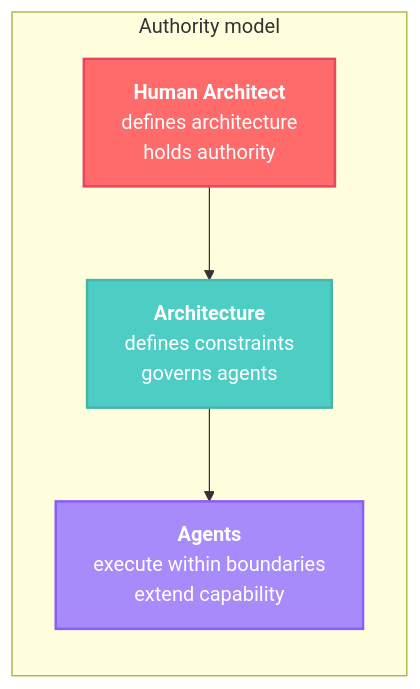
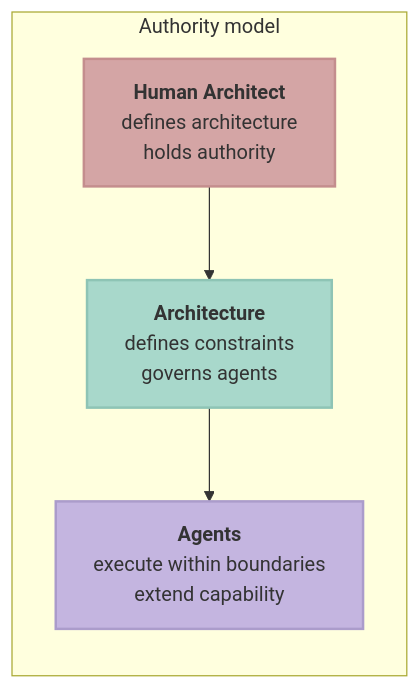
Before and after one commit to block3-io/block3-start: the fourth of 5 diagrams in README.md, drawn with Mermaid. The commit also changed other lines of this file, not shown here.

Commit message:
Unify all diagrams to pastel palette

````diff
--- a/README.md
+++ b/README.md
@@ -122,15 +122,15 @@
 ```mermaid
 graph LR
     subgraph "Authority model"
         direction TB
         H["<b>Human Architect</b><br/>defines architecture<br/>holds authority"]
         A["<b>Architecture</b><br/>defines constraints<br/>governs agents"]
         AG["<b>Agents</b><br/>execute within boundaries<br/>extend capability"]
     end
 
     H --> A --> AG
 
-    style H fill:#ff6b6b,stroke:#e94560,color:#fff,stroke-width:2px
-    style A fill:#4ecdc4,stroke:#45b7aa,color:#fff,stroke-width:2px
-    style AG fill:#a78bfa,stroke:#8b5cf6,color:#fff,stroke-width:2px
+    style H fill:#d4a5a5,stroke:#c48e8e,color:#333,stroke-width:2px
+    style A fill:#a8d8cb,stroke:#8ec4b5,color:#333,stroke-width:2px
+    style AG fill:#c4b5e0,stroke:#ab9ccb,color:#333,stroke-width:2px
 ```
````
